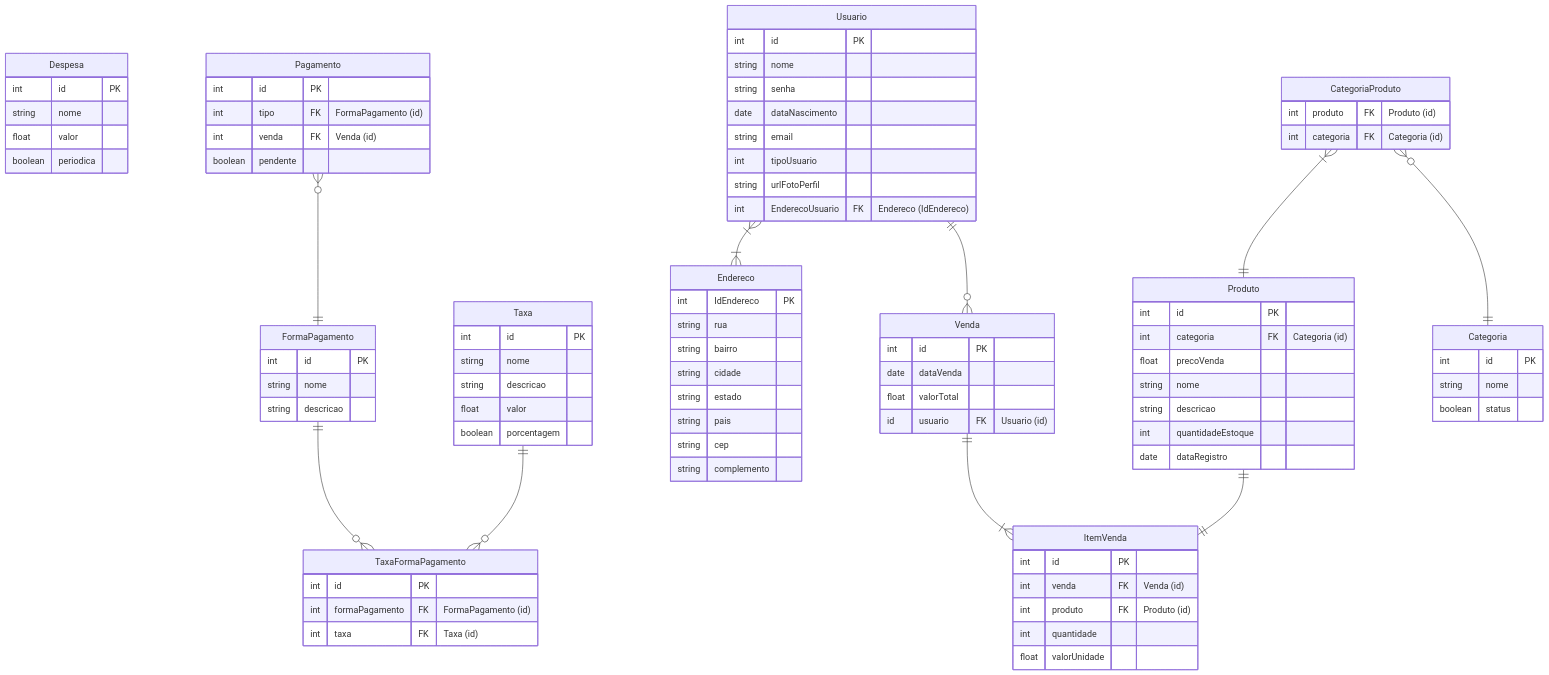
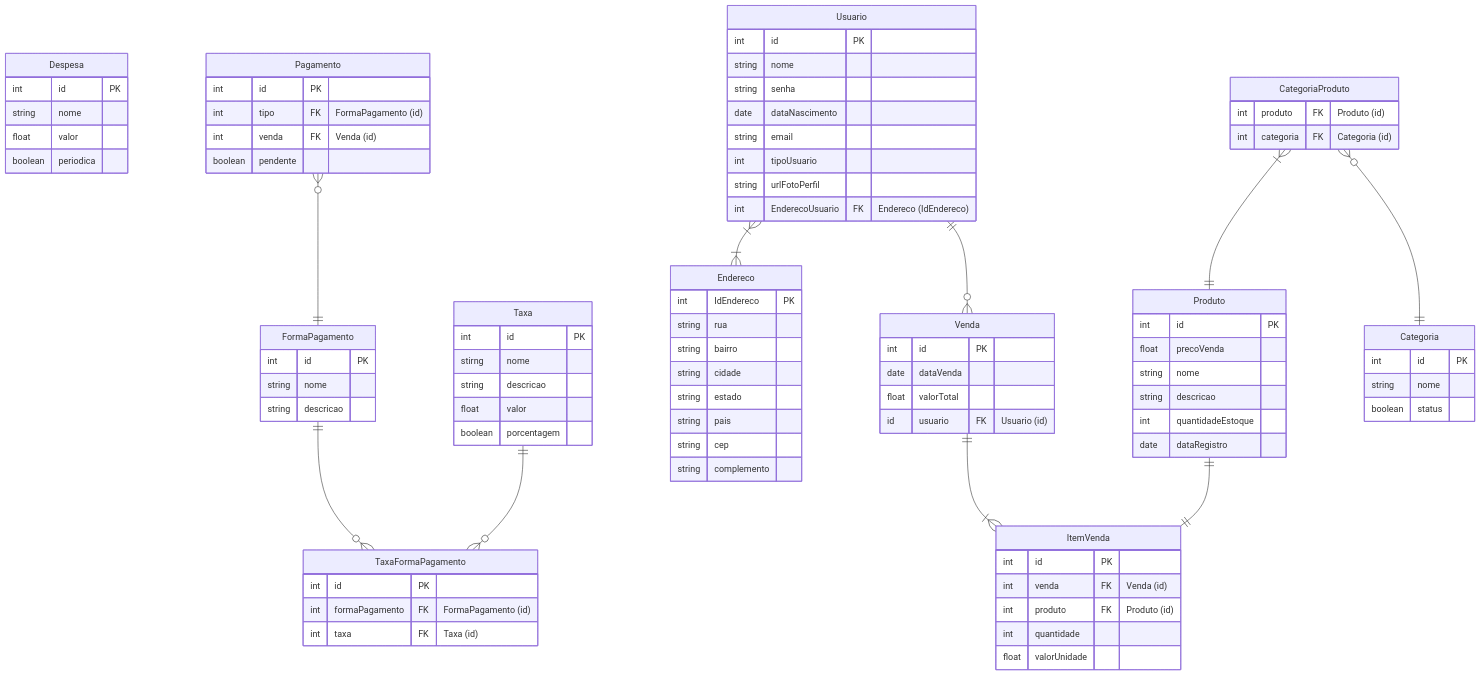
One commit to Control-Cash/controlcash changed the diagram in docs/documento-de-modelos.md. Above: the diagram before and after it, drawn with Mermaid.

Commit message:
removendo atributo #31

```diff
--- a/docs/documento-de-modelos.md
+++ b/docs/documento-de-modelos.md
@@ -79,7 +79,6 @@
 
 Produto {
   int id PK
-  int categoria FK "Categoria (id)"
   float precoVenda
   string nome
   string descricao
```
